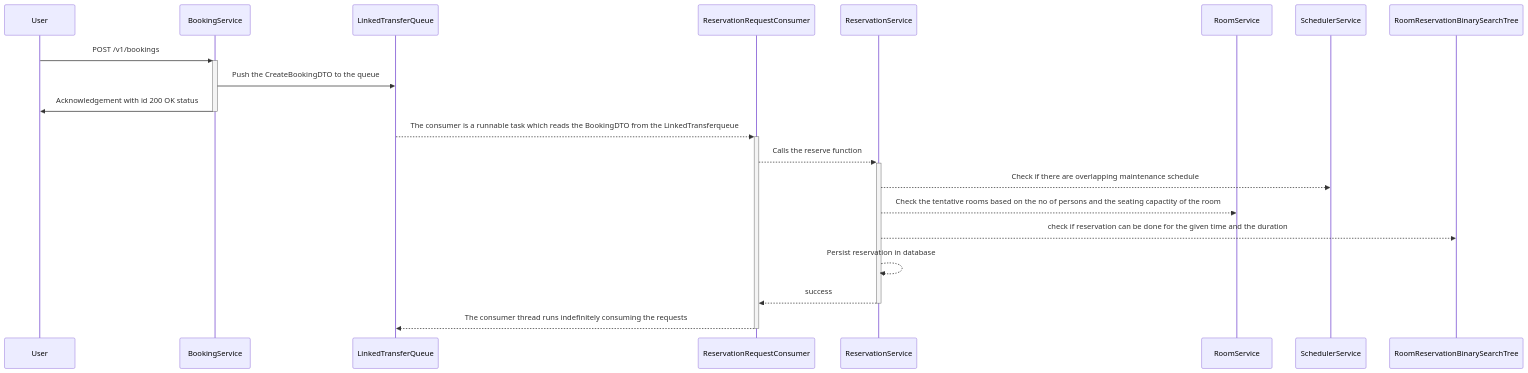
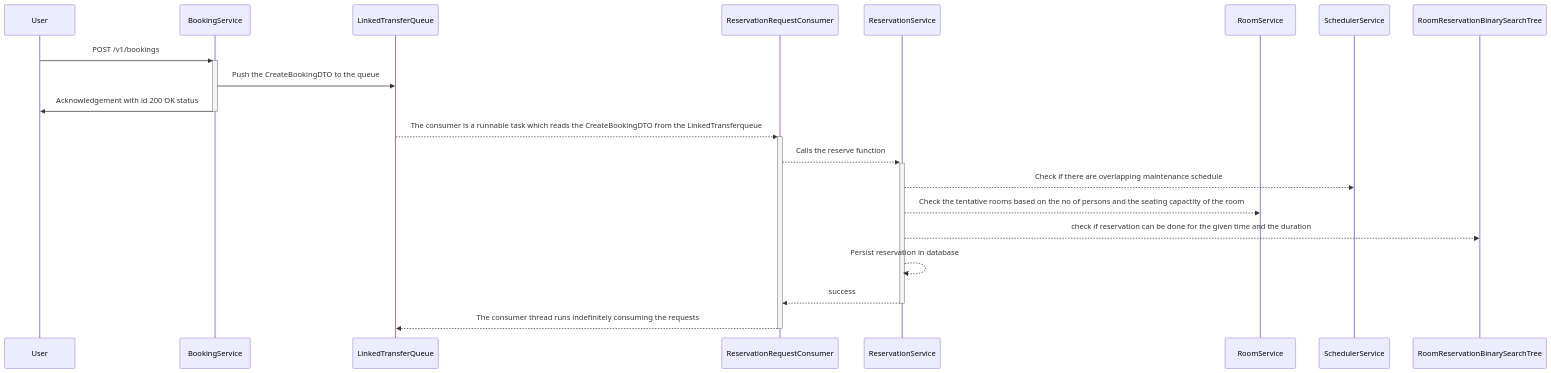
Before and after one commit to shobhakamath/conference-booking-service: the first of 3 diagrams in README.md, drawn with Mermaid. The commit also changed other lines of this file and 29 other files, not shown here.

````diff
--- a/README.md
+++ b/README.md
@@ -56,26 +60,26 @@
 ```mermaid
 sequenceDiagram
     participant User
     participant BookingService
     participant ConcurrentQueue as LinkedTransferQueue
     participant ReservationRequestConsumer
     participant ReservationService
     participant RoomService
     participant SchedulerService
     participant RoomReservationBinarySearchTree
 
     
     
     User->>+BookingService: POST /v1/bookings
         BookingService->>ConcurrentQueue: Push the CreateBookingDTO to the queue
     BookingService->>-User: Acknowledgement with id 200 OK status
-    ConcurrentQueue-->>+ReservationRequestConsumer: The consumer is a runnable task which reads the BookingDTO from the LinkedTransferqueue
+    ConcurrentQueue-->>+ReservationRequestConsumer: The consumer is a runnable task which reads the CreateBookingDTO from the LinkedTransferqueue
     ReservationRequestConsumer-->>+ReservationService: Calls the reserve function
         ReservationService-->>SchedulerService: Check if there are overlapping maintenance schedule
         ReservationService-->>RoomService: Check the tentative rooms based on the no of persons and the seating capactity of the room
         ReservationService-->>RoomReservationBinarySearchTree: check if reservation can be done for the given time and the duration
         ReservationService-->>ReservationService: Persist reservation in database
     ReservationService-->>-ReservationRequestConsumer: success
     ReservationRequestConsumer-->>-ConcurrentQueue: The consumer thread runs indefinitely consuming the requests
     
 ```
````
